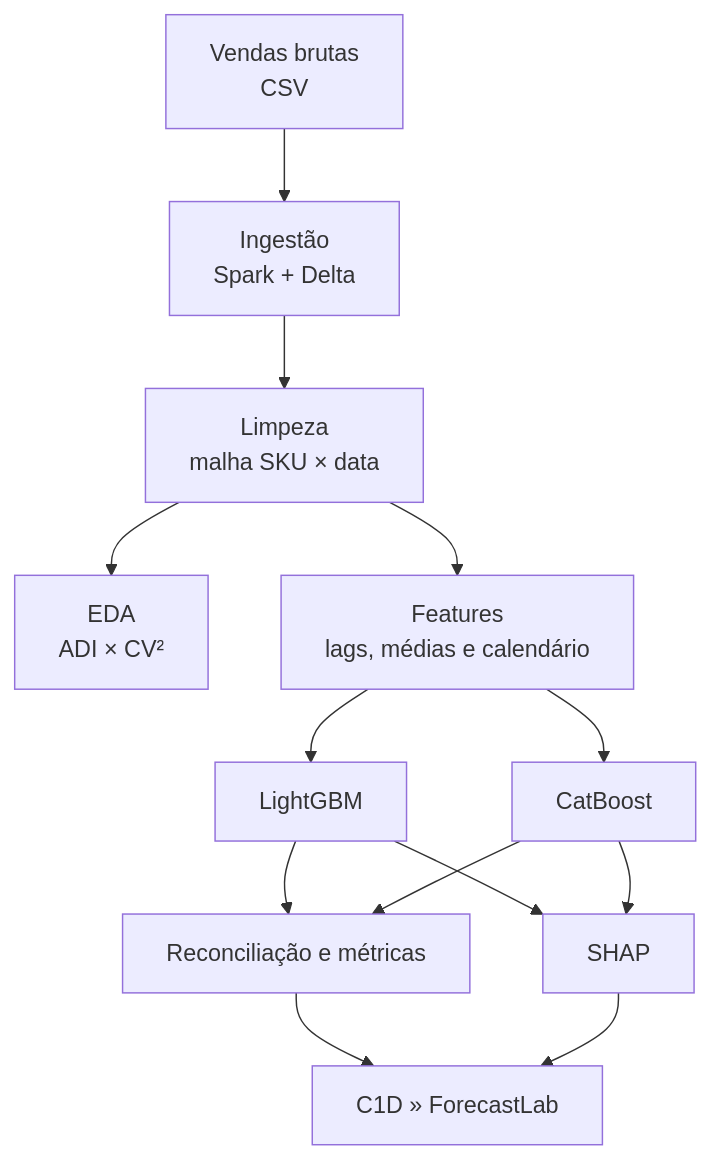
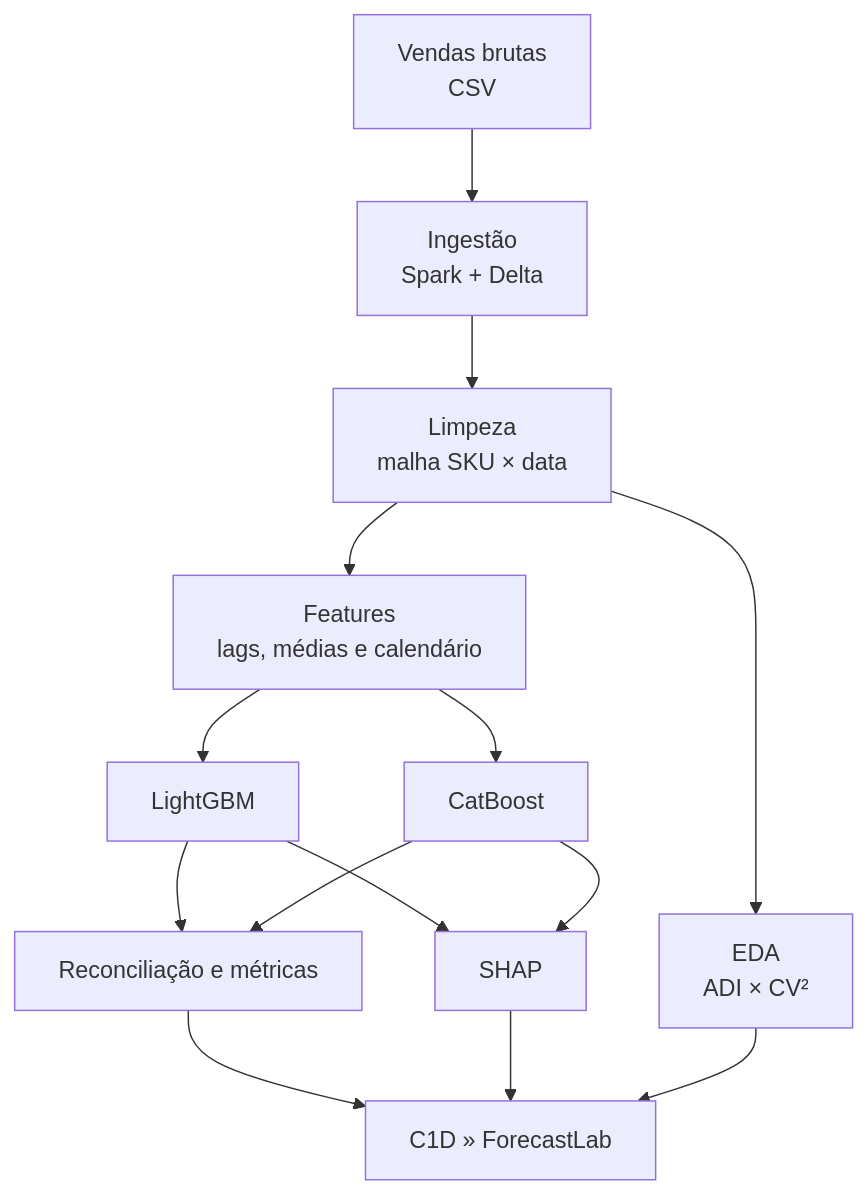
The diagram in README.md (betinaschilling/project_time_series_forecasting), drawn with Mermaid before and after one commit.

Commit message:
docs: connect EDA stage in pipeline diagram

````diff
--- a/README.md
+++ b/README.md
@@ -29,15 +29,16 @@
 ```mermaid
 flowchart TD
     A["Vendas brutas<br/>CSV"] --> B["Ingestão<br/>Spark + Delta"]
     B --> C["Limpeza<br/>malha SKU × data"]
     C --> J["EDA<br/>ADI × CV²"]
     C --> D["Features<br/>lags, médias e calendário"]
     D --> E["LightGBM"]
     D --> F["CatBoost"]
     E --> G["Reconciliação e métricas"]
     F --> G
     E --> H["SHAP"]
     F --> H
     G --> I["C1D » ForecastLab"]
     H --> I
+    J --> I
 ```
````
